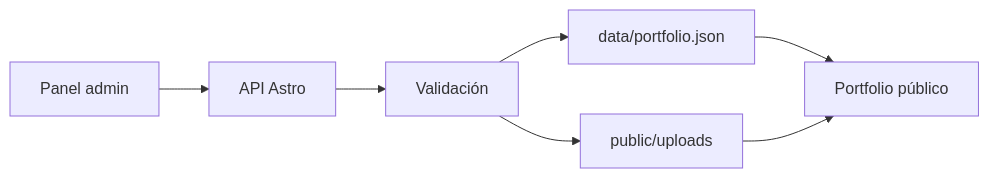
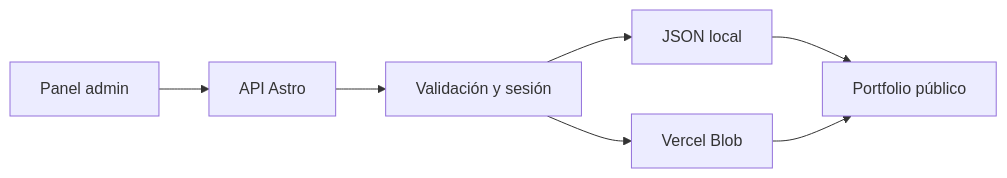
One commit to Striven100/maimo-prog4-2026-FINAL changed the diagram in ESTRUCTURA.md. Above: the diagram before and after it, drawn with Mermaid. The commit also changed other lines of this file and 26 other files, not shown here.

````diff
--- a/ESTRUCTURA.md
+++ b/ESTRUCTURA.md
@@ -13,9 +13,9 @@
 ```mermaid
 flowchart LR
   A[Panel admin] --> B[API Astro]
-  B --> C[Validación]
-  C --> D[data/portfolio.json]
-  C --> E[public/uploads]
+  B --> C[Validación y sesión]
+  C --> D[JSON local]
+  C --> E[Vercel Blob]
   D --> F[Portfolio público]
   E --> F
 ```
````
